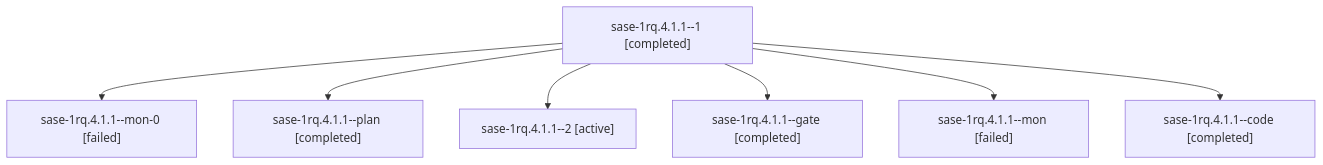
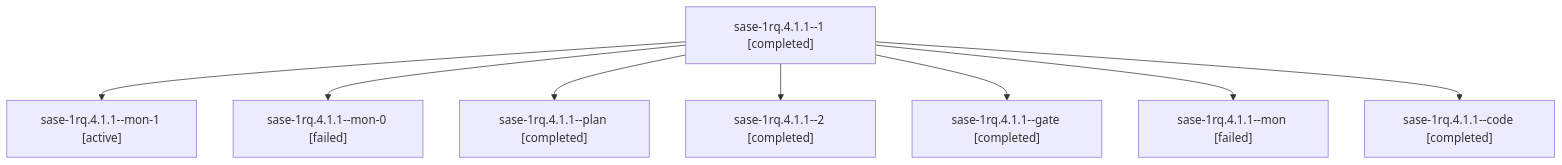
Before and after one commit to sase-org/sase--agents: the diagram in sessions/bbugyi200.athena.sase-1rq.4.1.1.md, drawn with Mermaid. The commit also changed other lines of this file and 89 other files, not shown here.

````diff
--- a/sessions/bbugyi200.athena.sase-1rq.4.1.1.md
+++ b/sessions/bbugyi200.athena.sase-1rq.4.1.1.md
@@ -9,16 +9,18 @@
 ```mermaid
 flowchart TD
   n0["sase-1rq.4.1.1--1 [completed]"]
-  n1["sase-1rq.4.1.1--mon-0 [failed]"]
+  n1["sase-1rq.4.1.1--mon-1 [active]"]
   n0 --> n1
-  n2["sase-1rq.4.1.1--plan [completed]"]
+  n2["sase-1rq.4.1.1--mon-0 [failed]"]
   n0 --> n2
-  n3["sase-1rq.4.1.1--2 [active]"]
+  n3["sase-1rq.4.1.1--plan [completed]"]
   n0 --> n3
-  n4["sase-1rq.4.1.1--gate [completed]"]
+  n4["sase-1rq.4.1.1--2 [completed]"]
   n0 --> n4
-  n5["sase-1rq.4.1.1--mon [failed]"]
+  n5["sase-1rq.4.1.1--gate [completed]"]
   n0 --> n5
-  n6["sase-1rq.4.1.1--code [completed]"]
+  n6["sase-1rq.4.1.1--mon [failed]"]
   n0 --> n6
+  n7["sase-1rq.4.1.1--code [completed]"]
+  n0 --> n7
 ```
````
